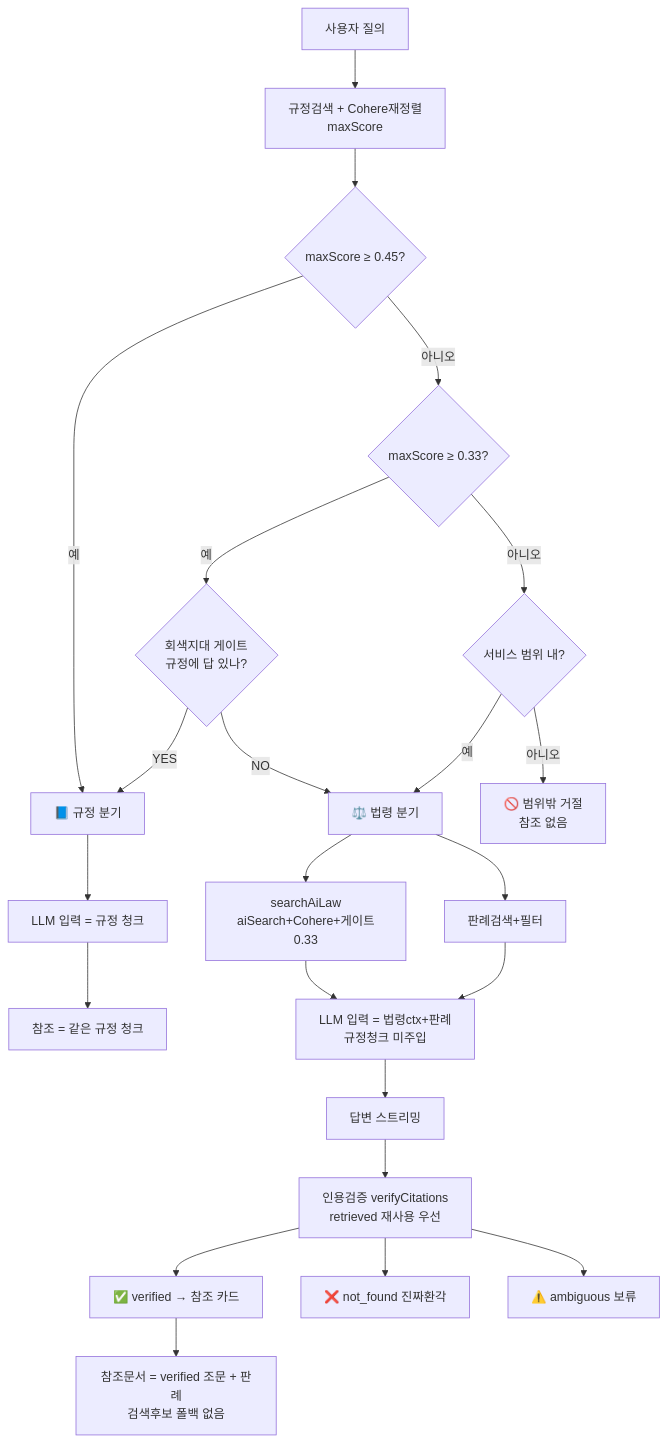
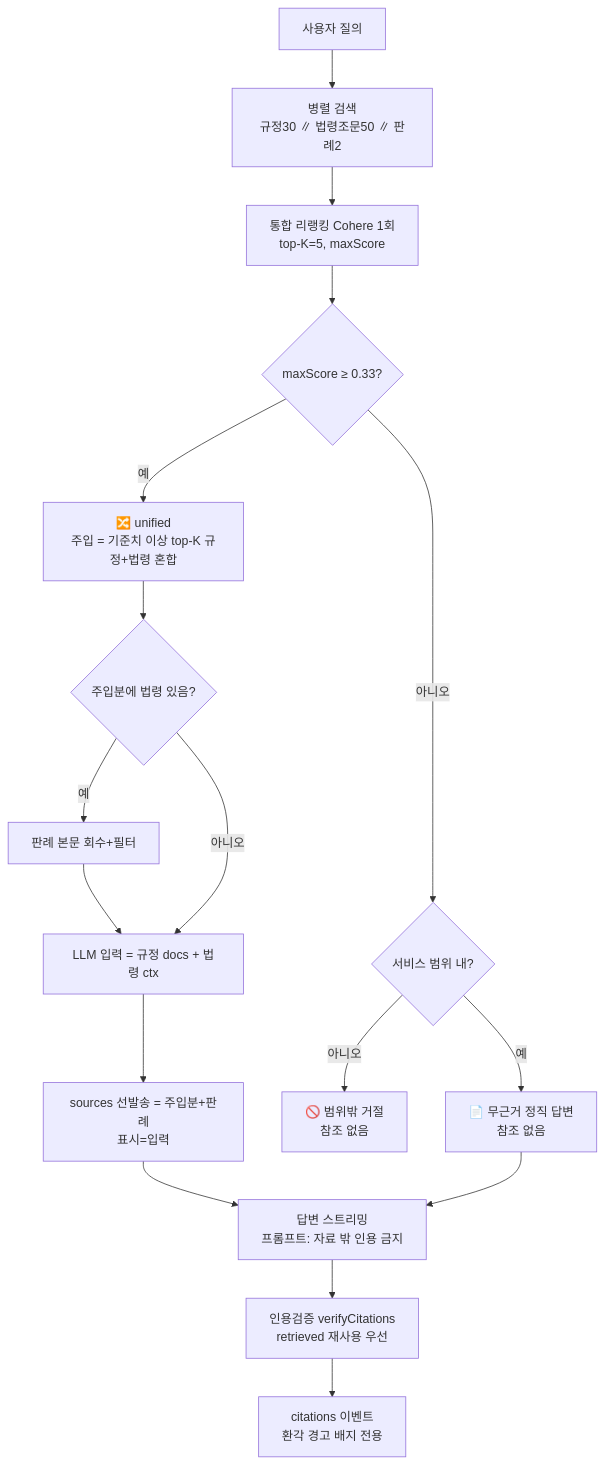
Before and after one commit to kca-deep/ict-portal: the diagram in docs/09-chat-flow.md, drawn with Mermaid. The commit also changed other lines of this file and 4 other files, not shown here.

````diff
--- a/docs/09-chat-flow.md
+++ b/docs/09-chat-flow.md
@@ -157,27 +131,19 @@
 ```mermaid
 flowchart TD
-    Q[사용자 질의] --> RS[규정검색 + Cohere재정렬<br/>maxScore]
-    RS --> GU{maxScore ≥ 0.45?}
-    GU -- 예 --> REG[📘 규정 분기]
-    GU -- 아니오 --> G{maxScore ≥ 0.33?}
-    G -- 예 --> GZ{회색지대 게이트<br/>규정에 답 있나?}
-    GZ -- YES --> REG
-    GZ -- NO --> LAW[⚖️ 법령 분기]
+    Q[사용자 질의] --> P[병렬 검색<br/>규정30 ∥ 법령조문50 ∥ 판례2]
+    P --> RR[통합 리랭킹 Cohere 1회<br/>top-K=5, maxScore]
+    RR --> G{maxScore ≥ 0.33?}
+    G -- 예 --> U[🔀 unified<br/>주입 = 기준치 이상 top-K 규정+법령 혼합]
     G -- 아니오 --> SC{서비스 범위 내?}
     SC -- 아니오 --> OUT[🚫 범위밖 거절<br/>참조 없음]
-    SC -- 예 --> LAW
+    SC -- 예 --> NOC[📄 무근거 정직 답변<br/>참조 없음]
 
-    REG --> REGin[LLM 입력 = 규정 청크]
-    REGin --> REGout[참조 = 같은 규정 청크]
-
-    LAW --> AIS[searchAiLaw<br/>aiSearch+Cohere+게이트0.33]
-    LAW --> DEC[판례검색+필터]
-    AIS --> CTX[LLM 입력 = 법령ctx+판례<br/>규정청크 미주입]
-    DEC --> CTX
-    CTX --> ANS[답변 스트리밍]
+    U --> PRE{주입분에 법령 있음?}
+    PRE -- 예 --> DEC[판례 본문 회수+필터] --> CTX
+    PRE -- 아니오 --> CTX[LLM 입력 = 규정 docs + 법령 ctx]
+    CTX --> SRC[sources 선발송 = 주입분+판례<br/>표시=입력]
+    SRC --> ANS[답변 스트리밍<br/>프롬프트: 자료 밖 인용 금지]
+    NOC --> ANS
     ANS --> VC[인용검증 verifyCitations<br/>retrieved 재사용 우선]
-    VC --> V1[✅ verified → 참조 카드]
-    VC --> V2[❌ not_found 진짜환각]
-    VC --> V3[⚠️ ambiguous 보류]
-    V1 --> DISP[참조문서 = verified 조문 + 판례<br/>검색후보 폴백 없음]
+    VC --> BADGE[citations 이벤트<br/>환각 경고 배지 전용]
 ```
````
